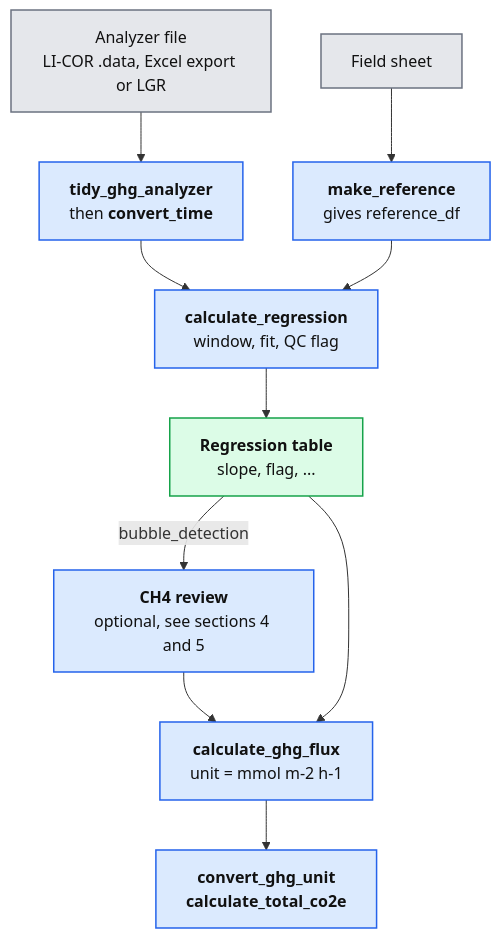
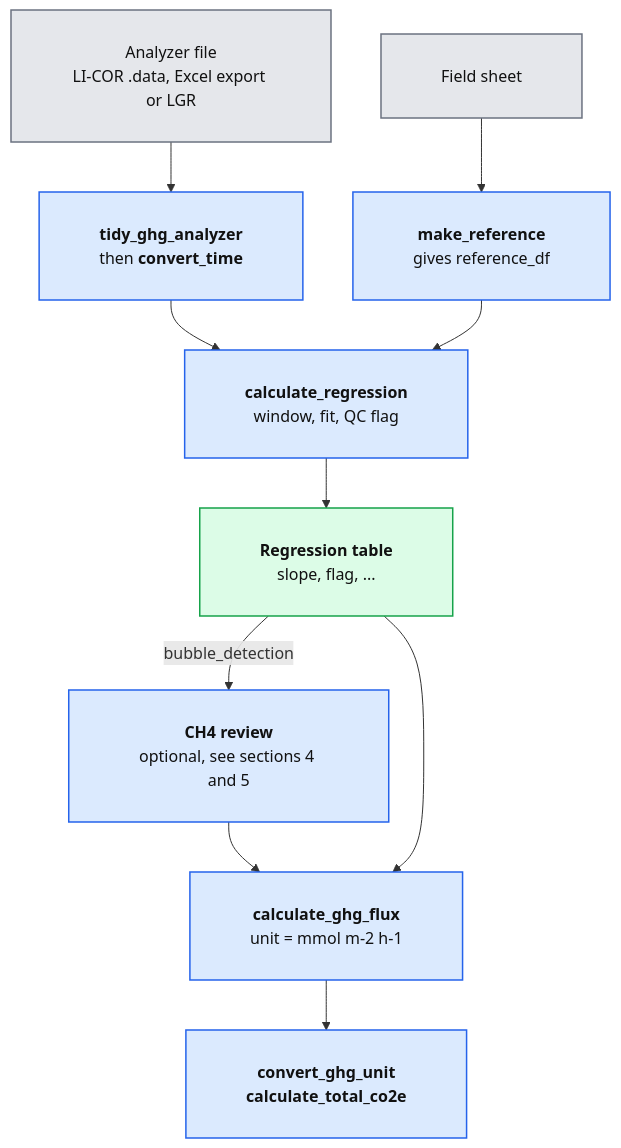
The first of 6 diagrams in README.md (Zhao-Jun-Yong/aelab), drawn with Mermaid before and after one commit. The commit also changed other lines of this file, not shown here.

Commit message:
docs(readme): larger mermaid node padding

````diff
--- a/README.md
+++ b/README.md
@@ -65,25 +65,25 @@
 ```mermaid
-flowchart TD
+%%{init: {"flowchart": {"padding": 30}}}%% flowchart TD
   a1["Analyzer file<br>LI-COR .data, Excel export or LGR"]
   a2["<b>tidy_ghg_analyzer</b><br>then <b>convert_time</b>"]
   f1["Field sheet"]
   f2["<b>make_reference</b><br>gives reference_df"]
   r1["<b>calculate_regression</b><br>window, fit, QC flag"]
   t1["<b>Regression table</b><br>slope, flag, ..."]
   rv["<b>CH4 review</b><br>optional, see sections 4 and 5"]
   fx["<b>calculate_ghg_flux</b><br>unit = mmol m-2 h-1"]
   cv["<b>convert_ghg_unit</b><br><b>calculate_total_co2e</b>"]
   a1 --> a2 --> r1
   f1 --> f2 --> r1
   r1 --> t1
   t1 -->|"bubble_detection"| rv --> fx
   t1 --> fx
   fx --> cv
   class a1,f1 input
   class a2,f2,r1,rv,fx,cv func
   class t1 tbl
 
 classDef input fill:#e5e7eb,stroke:#6b7280,color:#111,stroke-width:1.5px
 classDef func fill:#dbeafe,stroke:#2563eb,color:#111,stroke-width:1.5px
 classDef tbl fill:#dcfce7,stroke:#16a34a,color:#111,stroke-width:1.5px
 ```
````
